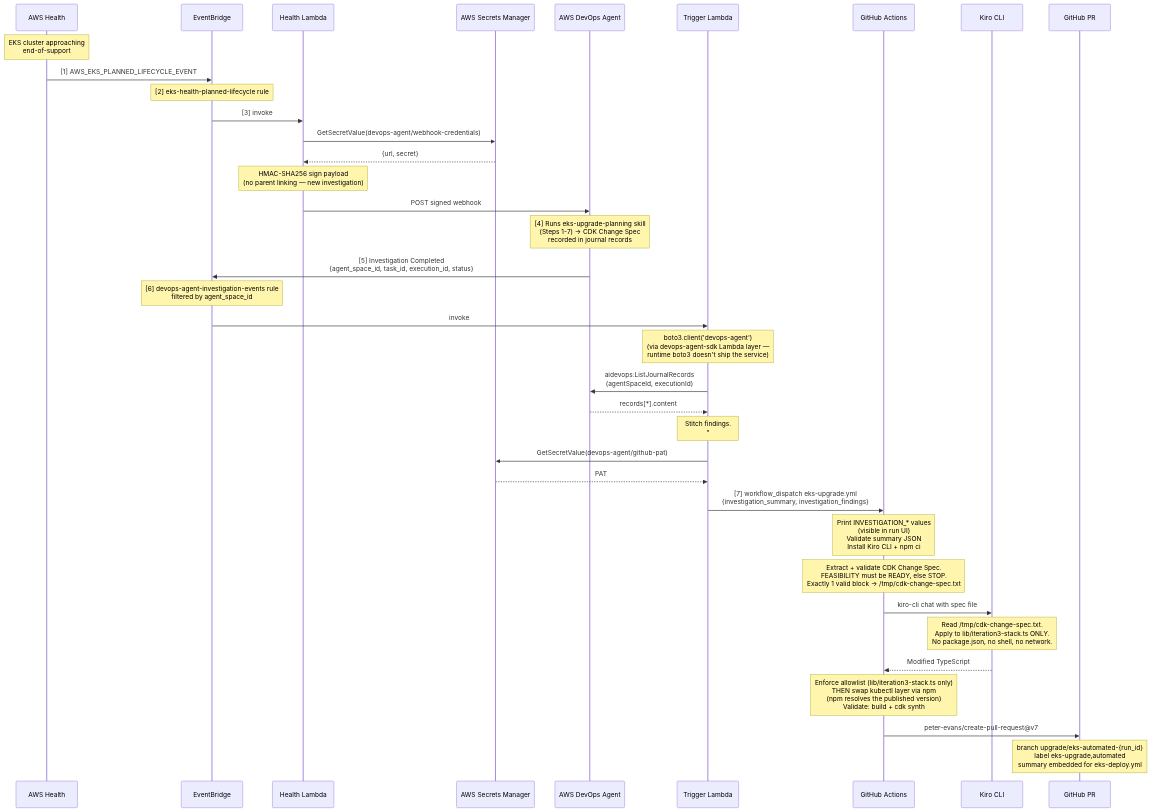
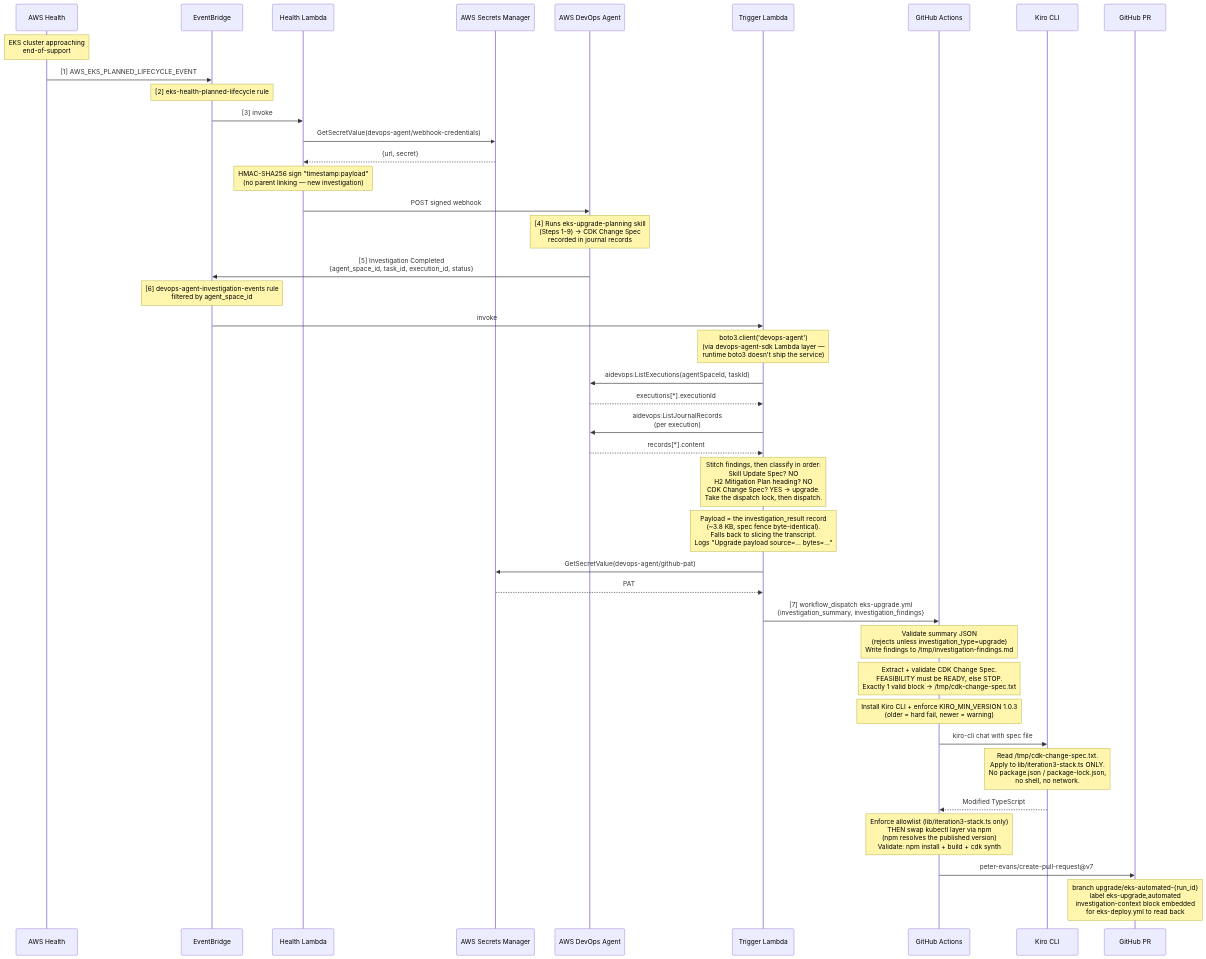
Before and after one commit to aws-samples/sample-automate-planned-lifecycle-upgrades-with-aws-devops-agent-and-kiro: the first of 4 diagrams in docs/architecture-diagram.md, drawn with Mermaid. The commit also changed other lines of this file and 2 other files, not shown here.

Commit message:
docs: fix inaccuracies across README and docs/, add skill review path

````diff
--- a/docs/architecture-diagram.md
+++ b/docs/architecture-diagram.md
@@ -7,55 +13,60 @@
 ```mermaid
 sequenceDiagram
     participant Health as AWS Health
     participant EB as EventBridge
     participant HL as Health Lambda
     participant SM as AWS Secrets Manager
     participant DA as AWS DevOps Agent
     participant TL as Trigger Lambda
     participant GHA as GitHub Actions
     participant Kiro as Kiro CLI
     participant PR as GitHub PR
 
     Note over Health: EKS cluster approaching<br/>end-of-support
 
     Health->>EB: [1] AWS_EKS_PLANNED_LIFECYCLE_EVENT
     Note over EB: [2] eks-health-planned-lifecycle rule
     EB->>HL: [3] invoke
 
     HL->>SM: GetSecretValue(devops-agent/webhook-credentials)
     SM-->>HL: {url, secret}
 
-    Note over HL: HMAC-SHA256 sign payload<br/>(no parent linking — new investigation)
+    Note over HL: HMAC-SHA256 sign "timestamp:payload"<br/>(no parent linking — new investigation)
     HL->>DA: POST signed webhook
 
-    Note over DA: [4] Runs eks-upgrade-planning skill<br/>(Steps 1-7) → CDK Change Spec<br/>recorded in journal records
+    Note over DA: [4] Runs eks-upgrade-planning skill<br/>(Steps 1-9) → CDK Change Spec<br/>recorded in journal records
 
     DA->>EB: [5] Investigation Completed<br/>{agent_space_id, task_id, execution_id, status}
     Note over EB: [6] devops-agent-investigation-events rule<br/>filtered by agent_space_id
     EB->>TL: invoke
 
     Note over TL: boto3.client('devops-agent')<br/>(via devops-agent-sdk Lambda layer —<br/>runtime boto3 doesn't ship the service)
-    TL->>DA: aidevops:ListJournalRecords<br/>(agentSpaceId, executionId)
+    TL->>DA: aidevops:ListExecutions(agentSpaceId, taskId)
+    DA-->>TL: executions[*].executionId
+    TL->>DA: aidevops:ListJournalRecords<br/>(per execution)
     DA-->>TL: records[*].content
 
-    Note over TL: Stitch findings.<br/>"## Mitigation Plan"? NO<br/>CDK Change Spec? YES<br/>→ dispatch eks-upgrade.yml.<br/>Print INVESTIGATION_SUMMARY +<br/>INVESTIGATION_FINDINGS to CloudWatch.
+    Note over TL: Stitch findings, then classify in order:<br/>Skill Update Spec? NO<br/>H2 Mitigation Plan heading? NO<br/>CDK Change Spec? YES → upgrade.<br/>Take the dispatch lock, then dispatch.
+    Note over TL: Payload = the investigation_result record<br/>(~3.8 KB, spec fence byte-identical).<br/>Falls back to slicing the transcript.<br/>Logs "Upgrade payload source=… bytes=…"
 
     TL->>SM: GetSecretValue(devops-agent/github-pat)
     SM-->>TL: PAT
 
     TL->>GHA: [7] workflow_dispatch eks-upgrade.yml<br/>{investigation_summary, investigation_findings}
 
-    Note over GHA: Print INVESTIGATION_* values<br/>(visible in run UI)<br/>Validate summary JSON<br/>Install Kiro CLI + npm ci
+    Note over GHA: Validate summary JSON<br/>(rejects unless investigation_type=upgrade)<br/>Write findings to /tmp/investigation-findings.md
 
     Note over GHA: Extract + validate CDK Change Spec.<br/>FEASIBILITY must be READY, else STOP.<br/>Exactly 1 valid block → /tmp/cdk-change-spec.txt
 
+    Note over GHA: Install Kiro CLI + enforce KIRO_MIN_VERSION 1.0.3<br/>(older = hard fail, newer = warning)
+
     GHA->>Kiro: kiro-cli chat with spec file
-    Note over Kiro: Read /tmp/cdk-change-spec.txt.<br/>Apply to lib/iteration3-stack.ts ONLY.<br/>No package.json, no shell, no network.
+    Note over Kiro: Read /tmp/cdk-change-spec.txt.<br/>Apply to lib/iteration3-stack.ts ONLY.<br/>No package.json / package-lock.json,<br/>no shell, no network.
 
     Kiro-->>GHA: Modified TypeScript
 
-    Note over GHA: Enforce allowlist (lib/iteration3-stack.ts only)<br/>THEN swap kubectl layer via npm<br/>(npm resolves the published version)<br/>Validate: build + cdk synth
+    Note over GHA: Enforce allowlist (lib/iteration3-stack.ts only)<br/>THEN swap kubectl layer via npm<br/>(npm resolves the published version)<br/>Validate: npm install + build + cdk synth
 
     GHA->>PR: peter-evans/create-pull-request@v7
-    Note over PR: branch upgrade/eks-automated-{run_id}<br/>label eks-upgrade,automated<br/>summary embedded for eks-deploy.yml
+    Note over PR: branch upgrade/eks-automated-{run_id}<br/>label eks-upgrade,automated<br/>investigation-context block embedded<br/>for eks-deploy.yml to read back
 ```
````
